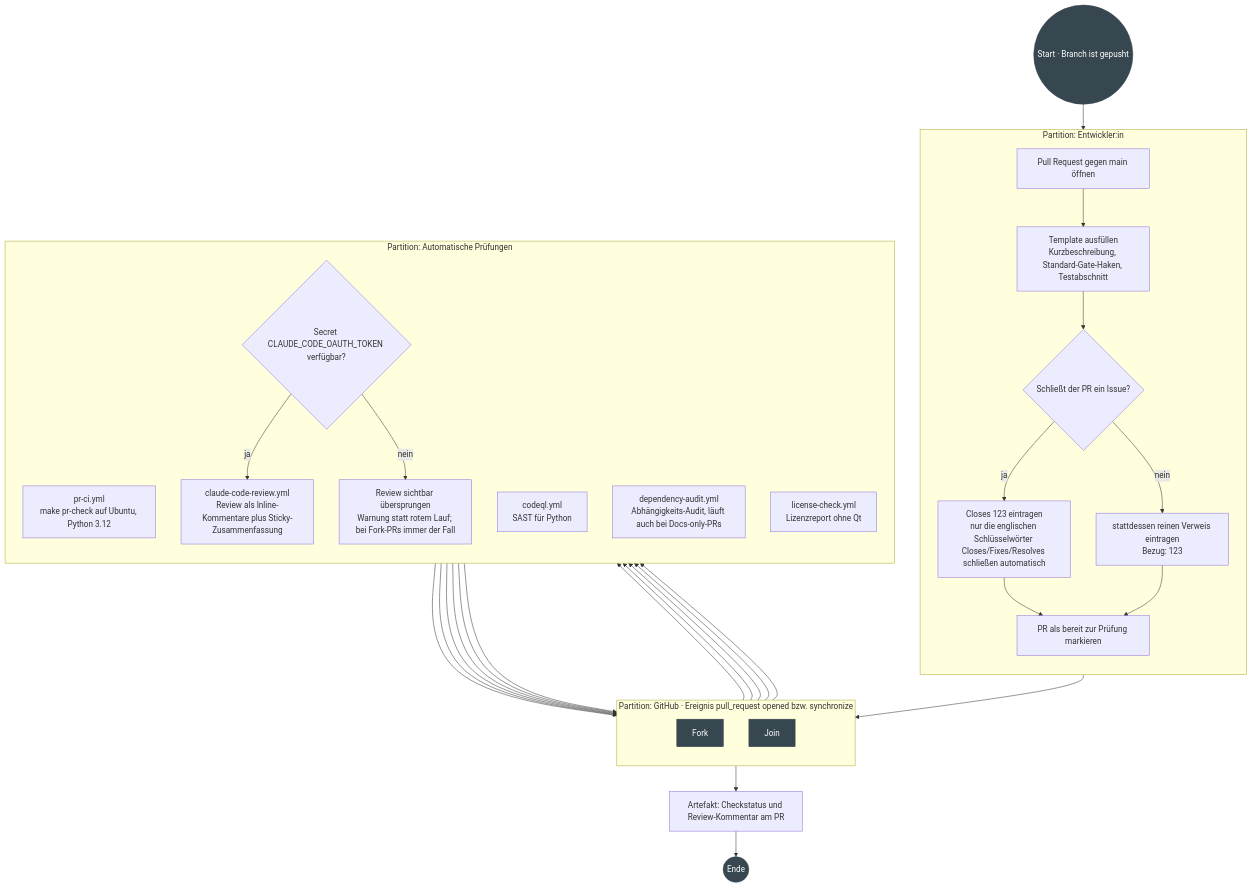
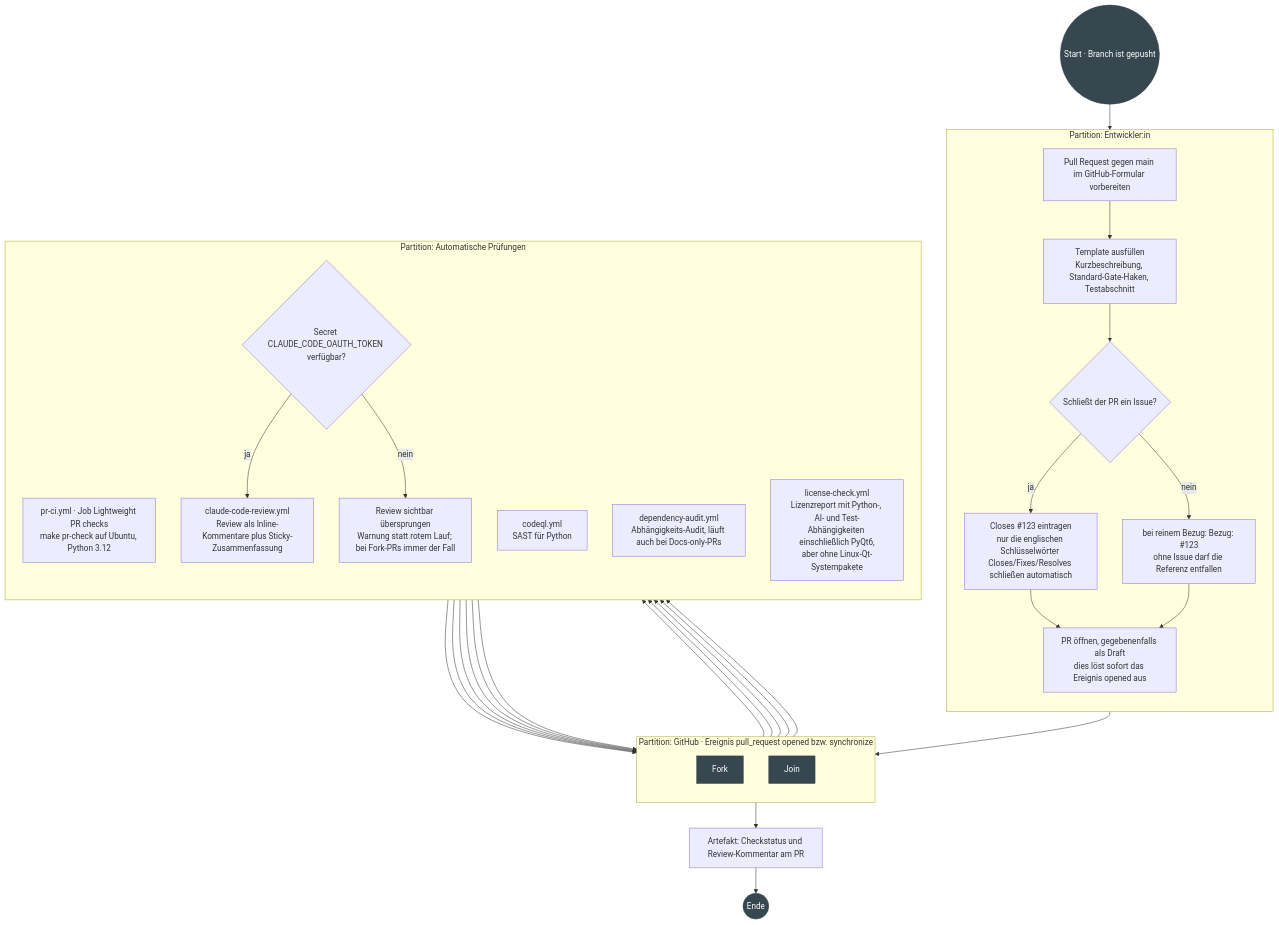
One commit to NikolayDA/picture_helper changed the second of 5 diagrams in docs/PROZESSE_UML.md. Above: the diagram before and after it, drawn with Mermaid. The commit also changed other lines of this file and 4 other files, not shown here.

First line of the commit message:
docs: Prozess-UMLs mit Code und GitHub-Einstellungen synchronisieren (#842)

````diff
--- a/docs/PROZESSE_UML.md
+++ b/docs/PROZESSE_UML.md
@@ -140,51 +175,51 @@
 ```mermaid
 flowchart TD
   START(("Start · Branch ist gepusht")):::terminal --> P1
 
   subgraph DEV["Partition: Entwickler:in"]
     direction TB
-    P1["Pull Request gegen main öffnen"]
+    P1["Pull Request gegen main im GitHub-Formular vorbereiten"]
     P2["Template ausfüllen<br/>Kurzbeschreibung, Standard-Gate-Haken, Testabschnitt"]
     PQ{"Schließt der PR ein Issue?"}
-    P3["Closes 123 eintragen<br/>nur die englischen Schlüsselwörter Closes/Fixes/Resolves schließen automatisch"]
-    P4["stattdessen reinen Verweis eintragen<br/>Bezug: 123"]
-    P5["PR als bereit zur Prüfung markieren"]
+    P3["Closes #123 eintragen<br/>nur die englischen Schlüsselwörter Closes/Fixes/Resolves schließen automatisch"]
+    P4["bei reinem Bezug: Bezug: #123<br/>ohne Issue darf die Referenz entfallen"]
+    P5["PR öffnen, gegebenenfalls als Draft<br/>dies löst sofort das Ereignis opened aus"]
   end
 
   subgraph GH["Partition: GitHub · Ereignis pull_request opened bzw. synchronize"]
     direction TB
     F1["Fork"]:::bar
     J1["Join"]:::bar
   end
 
   subgraph CI["Partition: Automatische Prüfungen"]
     direction TB
-    C1["pr-ci.yml<br/>make pr-check auf Ubuntu, Python 3.12"]
+    C1["pr-ci.yml · Job Lightweight PR checks<br/>make pr-check auf Ubuntu, Python 3.12"]
     C2["codeql.yml<br/>SAST für Python"]
     C3["dependency-audit.yml<br/>Abhängigkeits-Audit, läuft auch bei Docs-only-PRs"]
-    C4["license-check.yml<br/>Lizenzreport ohne Qt"]
+    C4["license-check.yml<br/>Lizenzreport mit Python-, AI- und Test-Abhängigkeiten einschließlich PyQt6,<br/>aber ohne Linux-Qt-Systempakete"]
     CQ{"Secret CLAUDE_CODE_OAUTH_TOKEN verfügbar?"}
     C5["claude-code-review.yml<br/>Review als Inline-Kommentare plus Sticky-Zusammenfassung"]
     C6["Review sichtbar übersprungen<br/>Warnung statt rotem Lauf; bei Fork-PRs immer der Fall"]
   end
 
   P1 --> P2 --> PQ
   PQ -->|"ja"| P3 --> P5
   PQ -->|"nein"| P4 --> P5
   P5 --> F1
   F1 --> C1
   F1 --> C2
   F1 --> C3
   F1 --> C4
   F1 --> CQ
   CQ -->|"ja"| C5 --> J1
   CQ -->|"nein"| C6 --> J1
   C1 --> J1
   C2 --> J1
   C3 --> J1
   C4 --> J1
   J1 --> S1["Artefakt: Checkstatus und Review-Kommentar am PR"] --> ENDE(("Ende")):::terminal
 
   classDef terminal fill:#37474f,stroke:#37474f,color:#ffffff;
   classDef bar fill:#37474f,stroke:#37474f,color:#ffffff;
 ```
````
